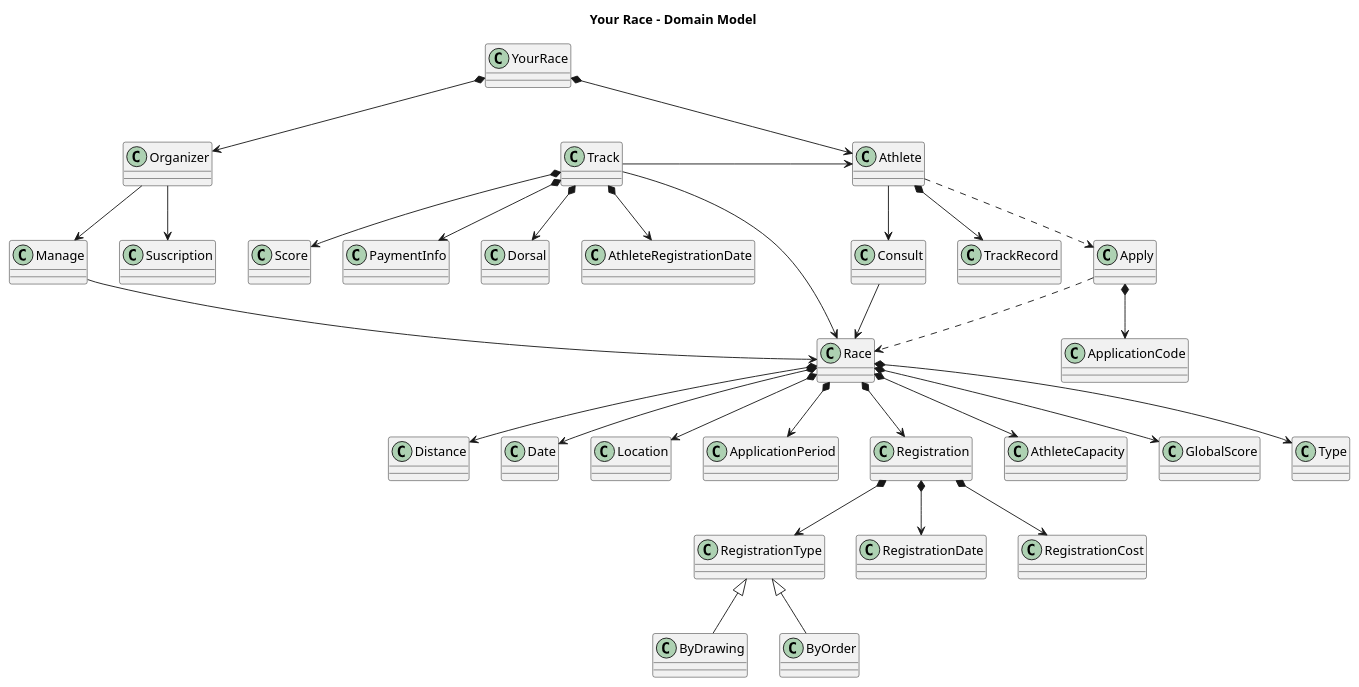
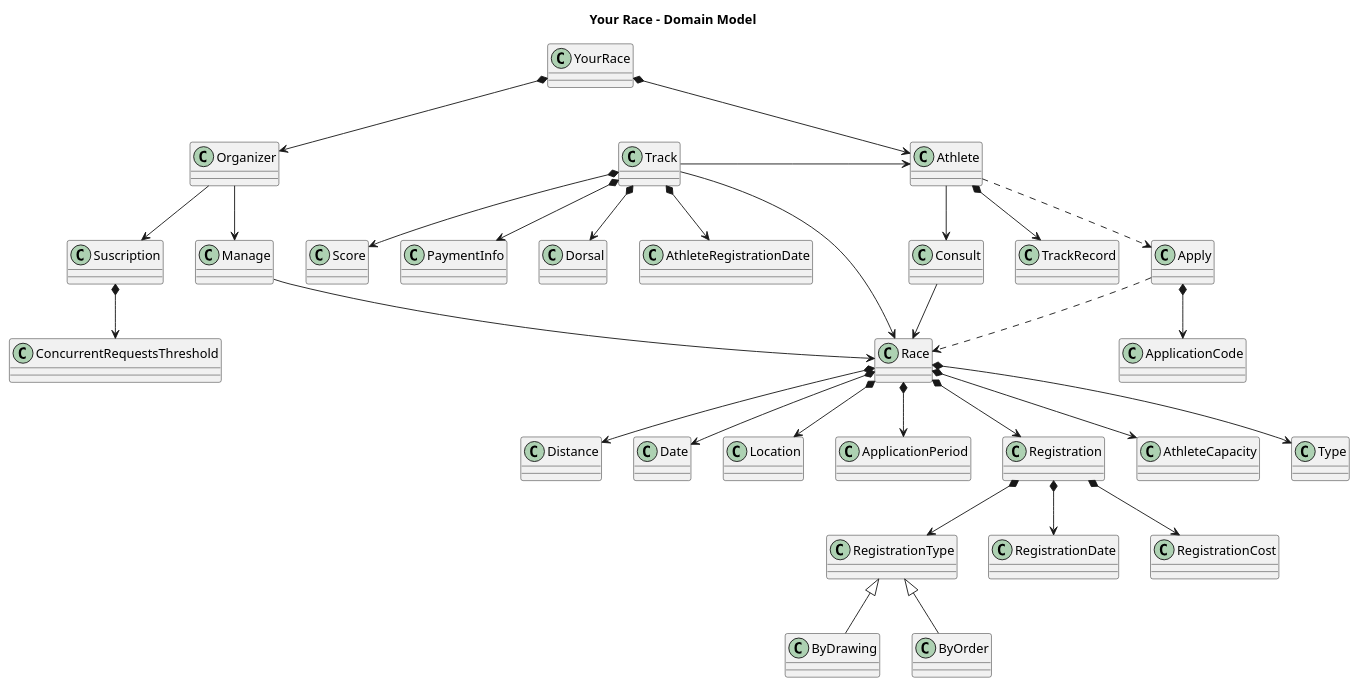
Before and after one commit to MasterCloudApps-Projects/your-race: the diagram in docs/plantuml/DomainModel.plantuml, drawn with PlantUML. The commit also changed 1 other file, not shown here.

Commit message:
Añade ConcurrentRequestsThreshold

```diff
--- a/docs/plantuml/DomainModel.plantuml
+++ b/docs/plantuml/DomainModel.plantuml
@@ -1,70 +1,70 @@
 @startuml
 title Your Race - Domain Model
 
 class YourRace
 class Athlete
 class Organizer
 class Race
 class Track
 class Distance
 class Date
 class Location
 class Consult
 class Manage
 class Apply
 class Score
 class PaymentInfo
 class Dorsal
 class ApplicationPeriod
 class TrackRecord
 class Suscription
 class Registration
 
 YourRace *--> Athlete
 YourRace *--> Organizer
 
 Organizer --> Manage
 
 Athlete ..> Apply
 Athlete --> Consult
 Athlete *--> TrackRecord
 
 Apply *--> ApplicationCode
 
 Apply ..> Race
 
 Consult --> Race
 
 Manage --> Race
 
 
 Race *--> Distance
 Race *--> AthleteCapacity
 Race *--> Date
 Race *--> Location
-Race *--> GlobalScore
 Race *--> Type
 Race *--> ApplicationPeriod
 Race *--> Registration
 
 
 
 Track -right-> Race 
 Track -right-> Athlete 
 Track *--> AthleteRegistrationDate
 Track *--> Dorsal
 Track *--> PaymentInfo
 Track *--> Score
 
 Registration *--> RegistrationType
 Registration *--> RegistrationDate
 Registration *--> RegistrationCost
 
 RegistrationType <|-- ByDrawing
 RegistrationType <|-- ByOrder
 
 
 Organizer --> Suscription
+Suscription *--> ConcurrentRequestsThreshold
 
 
 @enduml
```
